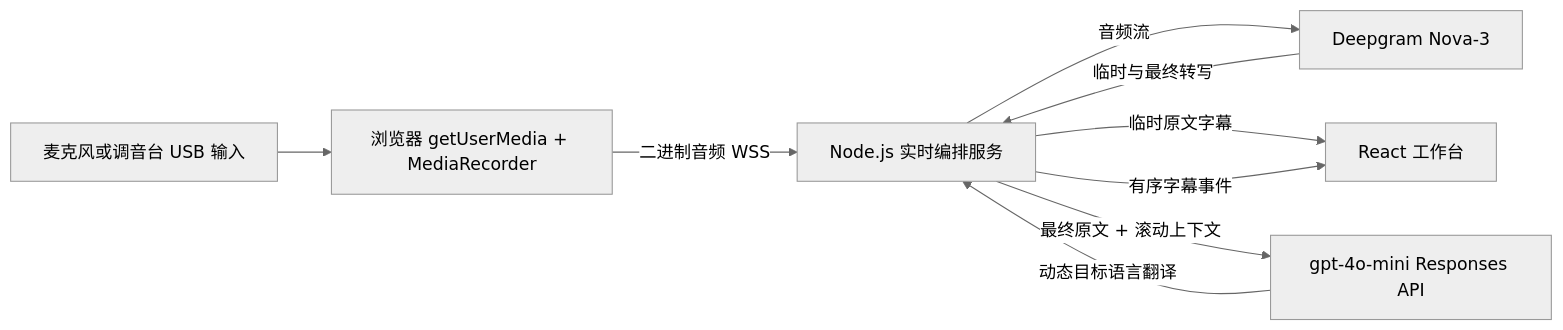
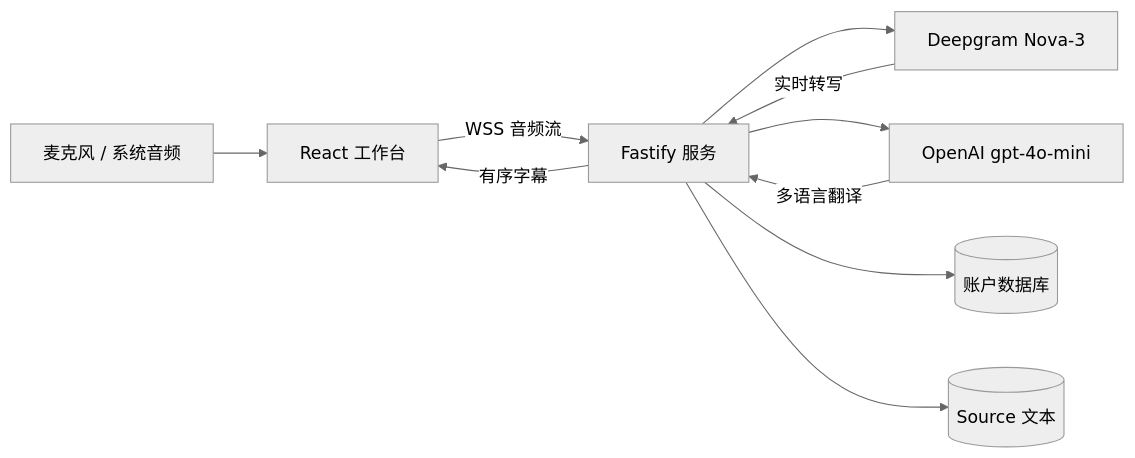
Before and after one commit to SenRanja/church-audio2text-translation: the diagram in readme.md, drawn with Mermaid (neutral theme). The commit also changed other lines of this file and 9 other files, not shown here.

````diff
--- a/readme.md
+++ b/readme.md
@@ -75,11 +21,12 @@
 ```mermaid
 flowchart LR
-		Mic[麦克风或调音台 USB 输入] --> Capture[浏览器 getUserMedia + MediaRecorder]
-		Capture -->|二进制音频 WSS| API[Node.js 实时编排服务]
-		API -->|音频流| DG[Deepgram Nova-3]
-		DG -->|临时与最终转写| API
-		API -->|临时原文字幕| UI[React 工作台]
-		API -->|最终原文 + 滚动上下文| GPT[gpt-4o-mini Responses API]
-		GPT -->|动态目标语言翻译| API
-		API -->|有序字幕事件| UI
+    Audio[麦克风 / 系统音频] --> Web[React 工作台]
+    Web -->|WSS 音频流| Server[Fastify 服务]
+    Server --> Deepgram[Deepgram Nova-3]
+    Deepgram -->|实时转写| Server
+    Server --> OpenAI[OpenAI gpt-4o-mini]
+    OpenAI -->|多语言翻译| Server
+    Server -->|有序字幕| Web
+    Server --> SQLite[(账户数据库)]
+    Server --> Logs[(Source 文本)]
 ```
````
